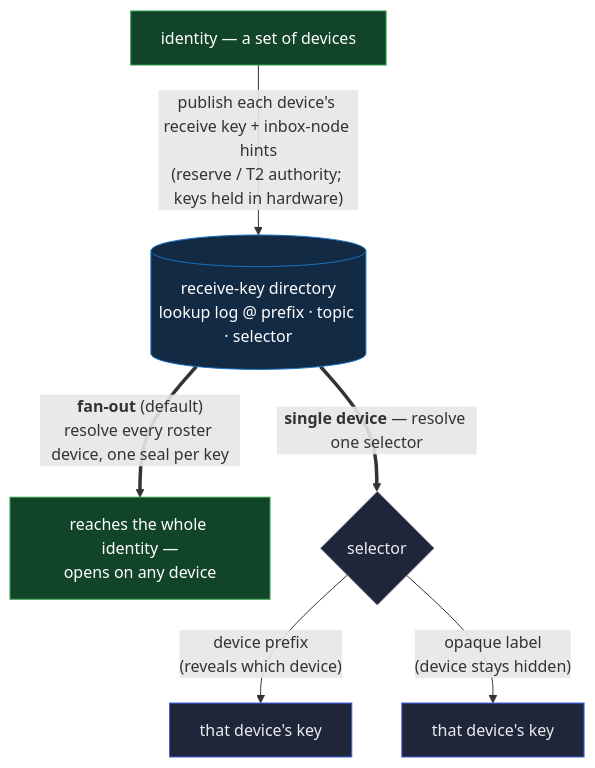
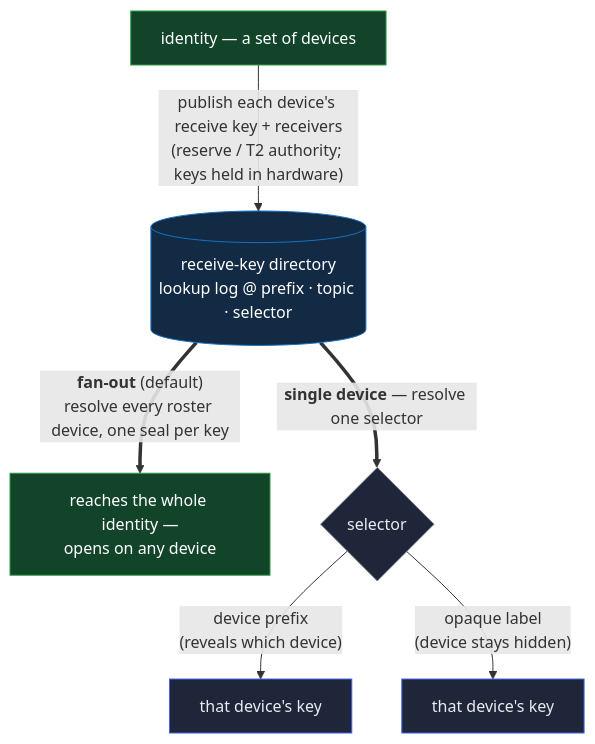
One commit to jasoncolburne/vdti changed the diagram in docs/design/primitives/protocols/receive-key-directory.md. Above: the diagram before and after it, drawn with Mermaid. The commit also changed other lines of this file and 79 other files, not shown here.

````diff
--- a/docs/design/primitives/protocols/receive-key-directory.md
+++ b/docs/design/primitives/protocols/receive-key-directory.md
@@ -78,14 +82,14 @@
 ```mermaid
 flowchart TB
   id["identity — a set of devices"]:::id
-  id -->|"publish each device's receive key + inbox-node hints<br/>(reserve / T2 authority; keys held in hardware)"| dir[("receive-key directory<br/>lookup log @ prefix · topic · selector")]:::dir
+  id -->|"publish each device's receive key + receivers<br/>(reserve / T2 authority; keys held in hardware)"| dir[("receive-key directory<br/>lookup log @ prefix · topic · selector")]:::dir
   dir ==>|"<b>fan-out</b> (default)<br/>resolve every roster device, one seal per key"| fan["reaches the whole identity —<br/>opens on any device"]:::good
   dir ==>|"<b>single device</b> — resolve one selector"| sel{"selector"}:::q
   sel -->|"device prefix<br/>(reveals which device)"| od["that device's key"]:::fld
   sel -->|"opaque label<br/>(device stays hidden)"| ol["that device's key"]:::fld
   classDef id fill:#12442a,stroke:#2f9e44,color:#fff
   classDef dir fill:#122a44,stroke:#1971c2,color:#fff
   classDef q fill:#20263a,stroke:#868e96,color:#e9ecef
   classDef fld fill:#20263a,stroke:#4263eb,color:#e9ecef
   classDef good fill:#12442a,stroke:#2f9e44,color:#fff
 ```
````
